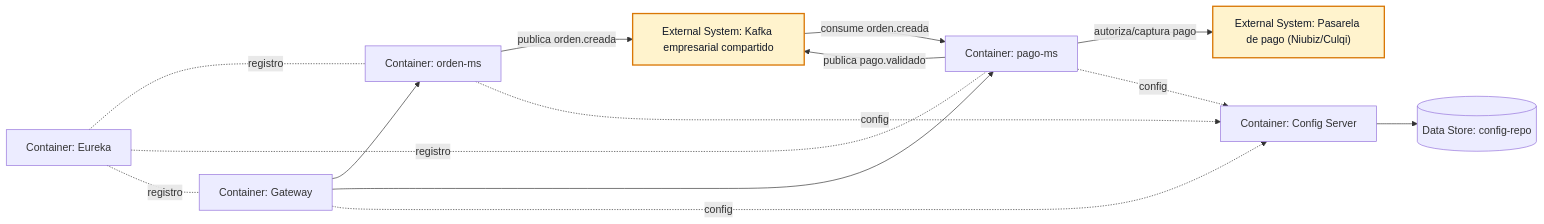
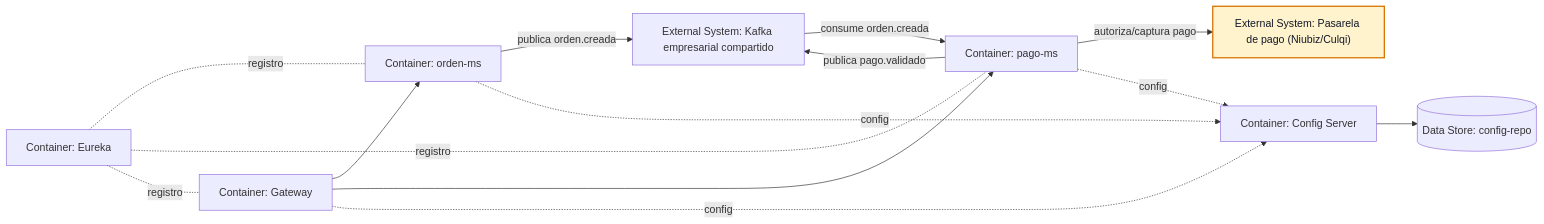
One commit to 262dist/pagatu changed the fourth of 10 diagrams in README.md. Above: the diagram before and after it, drawn with Mermaid. The commit also changed other lines of this file, not shown here.

````diff
--- a/README.md
+++ b/README.md
@@ -151,22 +151,22 @@
 ```mermaid
 flowchart LR
     gateway["Container: Gateway"] --> orden["Container: orden-ms"]
     gateway --> pago["Container: pago-ms"]
 
     orden -- publica orden.creada --> kafka["External System: Kafka empresarial compartido"]
     kafka -- consume orden.creada --> pago
     pago -- autoriza/captura pago --> pasarela["External System: Pasarela de pago (Niubiz/Culqi)"]
     pago -- publica pago.validado --> kafka
 
     config["Container: Config Server"] --> configrepo[(Data Store: config-repo)]
     orden -. config .-> config
     pago -. config .-> config
     gateway -. config .-> config
 
     eureka["Container: Eureka"] -. registro .- orden
     eureka -. registro .- pago
     eureka -. registro .- gateway
 
     classDef external fill:#fff3cd,stroke:#d97706,stroke-width:2px,color:#111827
-    class kafka,pasarela external
+    class pasarela external
 ```
````
